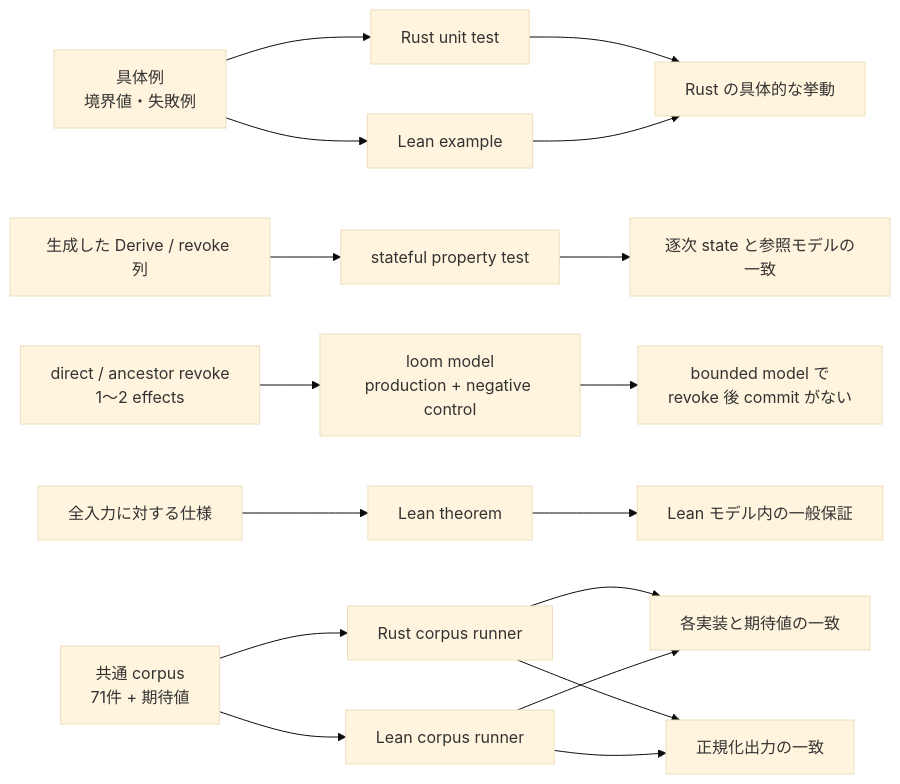
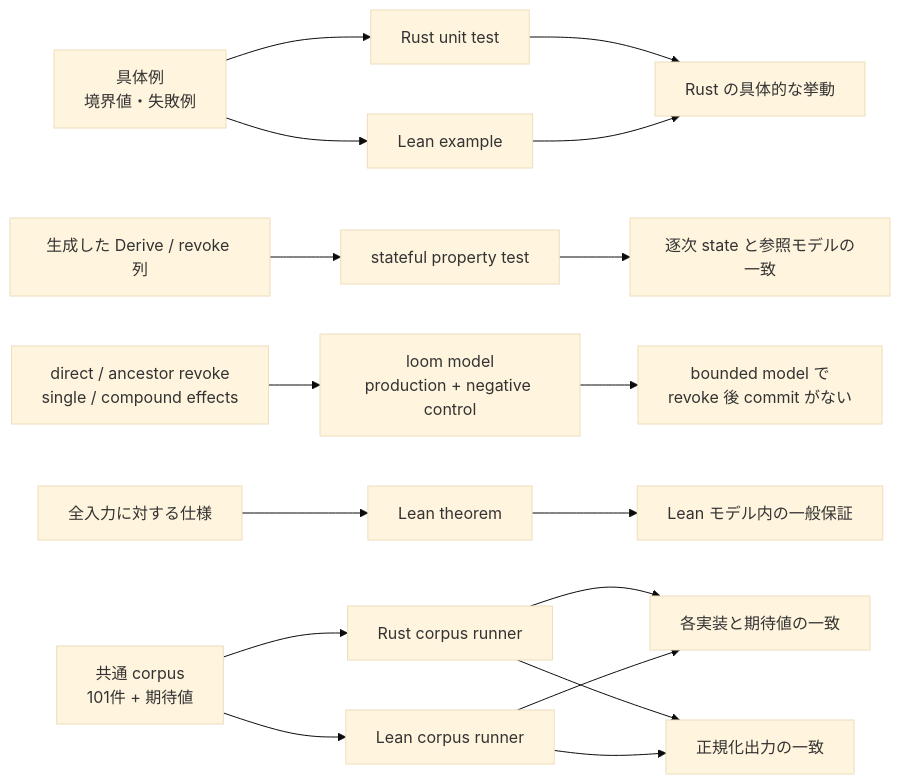
One commit to Aqua-218/SecCamp-AIAgent changed the diagram in docs/authority-core/verification.md. Above: the diagram before and after it, drawn with Mermaid (base theme). The commit also changed other lines of this file and 4 other files, not shown here.

````diff
--- a/docs/authority-core/verification.md
+++ b/docs/authority-core/verification.md
@@ -22,20 +22,20 @@
 ```mermaid
 flowchart LR
     examples["具体例<br/>境界値・失敗例"] --> rust["Rust unit test"]
     sequences["生成した Derive / revoke 列"] --> property["stateful property test"]
-    races["direct / ancestor revoke<br/>1〜2 effects"] --> loom["loom model<br/>production + negative control"]
+    races["direct / ancestor revoke<br/>single / compound effects"] --> loom["loom model<br/>production + negative control"]
     examples --> leanExample["Lean example"]
     spec["全入力に対する仕様"] --> theorem["Lean theorem"]
-    corpus["共通 corpus<br/>71件 + 期待値"] --> rustRunner["Rust corpus runner"]
+    corpus["共通 corpus<br/>101件 + 期待値"] --> rustRunner["Rust corpus runner"]
     corpus --> leanRunner["Lean corpus runner"]
 
     rust --> confidence["Rust の具体的な挙動"]
     property --> stateConfidence["逐次 state と参照モデルの一致"]
     loom --> raceConfidence["bounded model で<br/>revoke 後 commit がない"]
     leanExample --> confidence
     theorem --> guarantee["Lean モデル内の一般保証"]
     rustRunner --> oracle["各実装と期待値の一致"]
     leanRunner --> oracle
     rustRunner --> diff["正規化出力の一致"]
     leanRunner --> diff
 ```
````
